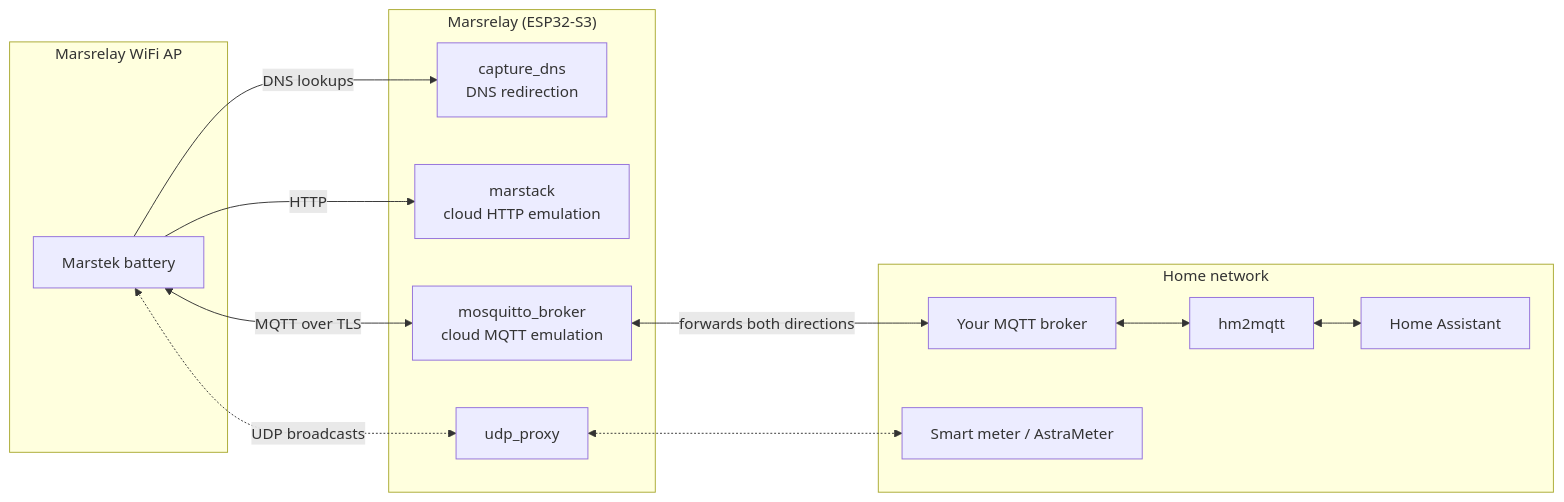
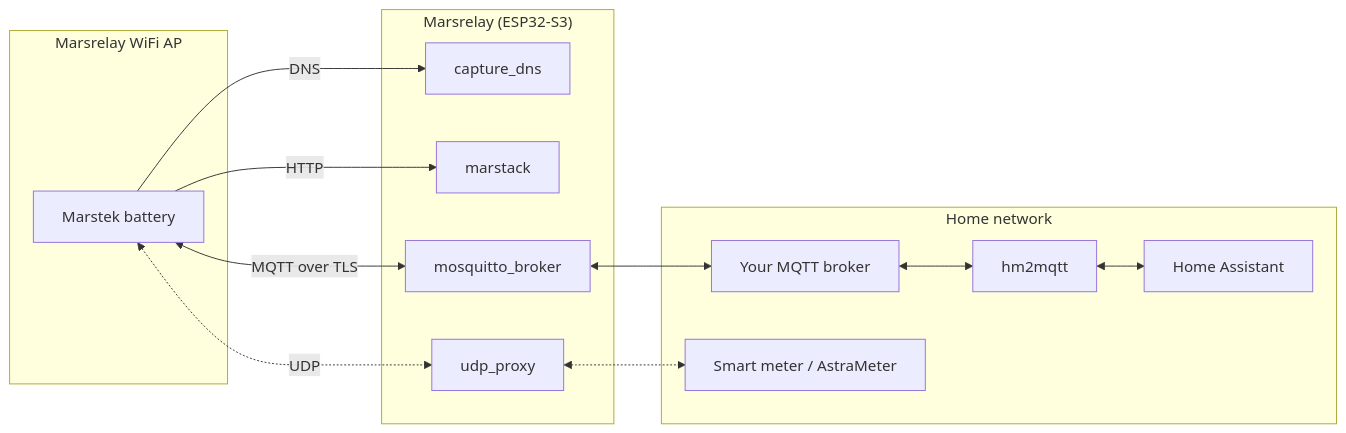
Before and after one commit to tomquist/marsrelay: the diagram in README.md, drawn with Mermaid. The commit also changed other lines of this file and 2 other files, not shown here.

````diff
--- a/README.md
+++ b/README.md
@@ -29,26 +19,26 @@
 ```mermaid
 flowchart LR
     subgraph AP["Marsrelay WiFi AP"]
         Battery[Marstek battery]
     end
     subgraph ESP["Marsrelay (ESP32-S3)"]
-        DNS[capture_dns<br/>DNS redirection]
-        HTTP[marstack<br/>cloud HTTP emulation]
-        Broker[mosquitto_broker<br/>cloud MQTT emulation]
+        DNS[capture_dns]
+        HTTP[marstack]
+        Broker[mosquitto_broker]
         UDP[udp_proxy]
     end
     subgraph Home["Home network"]
         HomeBroker[Your MQTT broker]
         HM2MQTT[hm2mqtt]
         HA[Home Assistant]
         Meter[Smart meter / AstraMeter]
     end
-    Battery -->|DNS lookups| DNS
+    Battery -->|DNS| DNS
     Battery -->|HTTP| HTTP
     Battery <-->|MQTT over TLS| Broker
-    Battery <-.->|UDP broadcasts| UDP
+    Battery <-.->|UDP| UDP
     UDP <-.-> Meter
-    Broker <-->|forwards both directions| HomeBroker
+    Broker <--> HomeBroker
     HomeBroker <--> HM2MQTT
     HM2MQTT <--> HA
 ```
````
